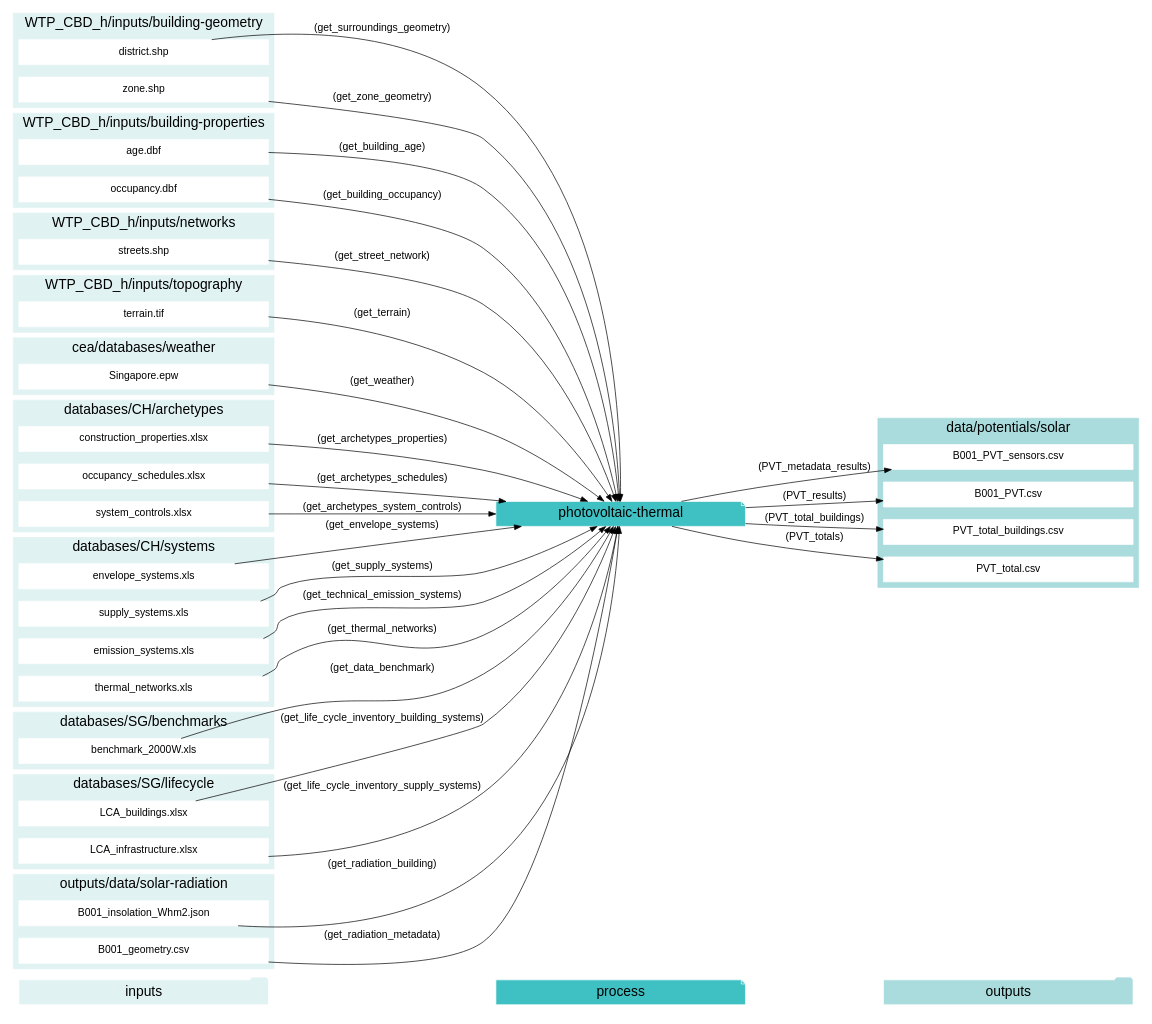
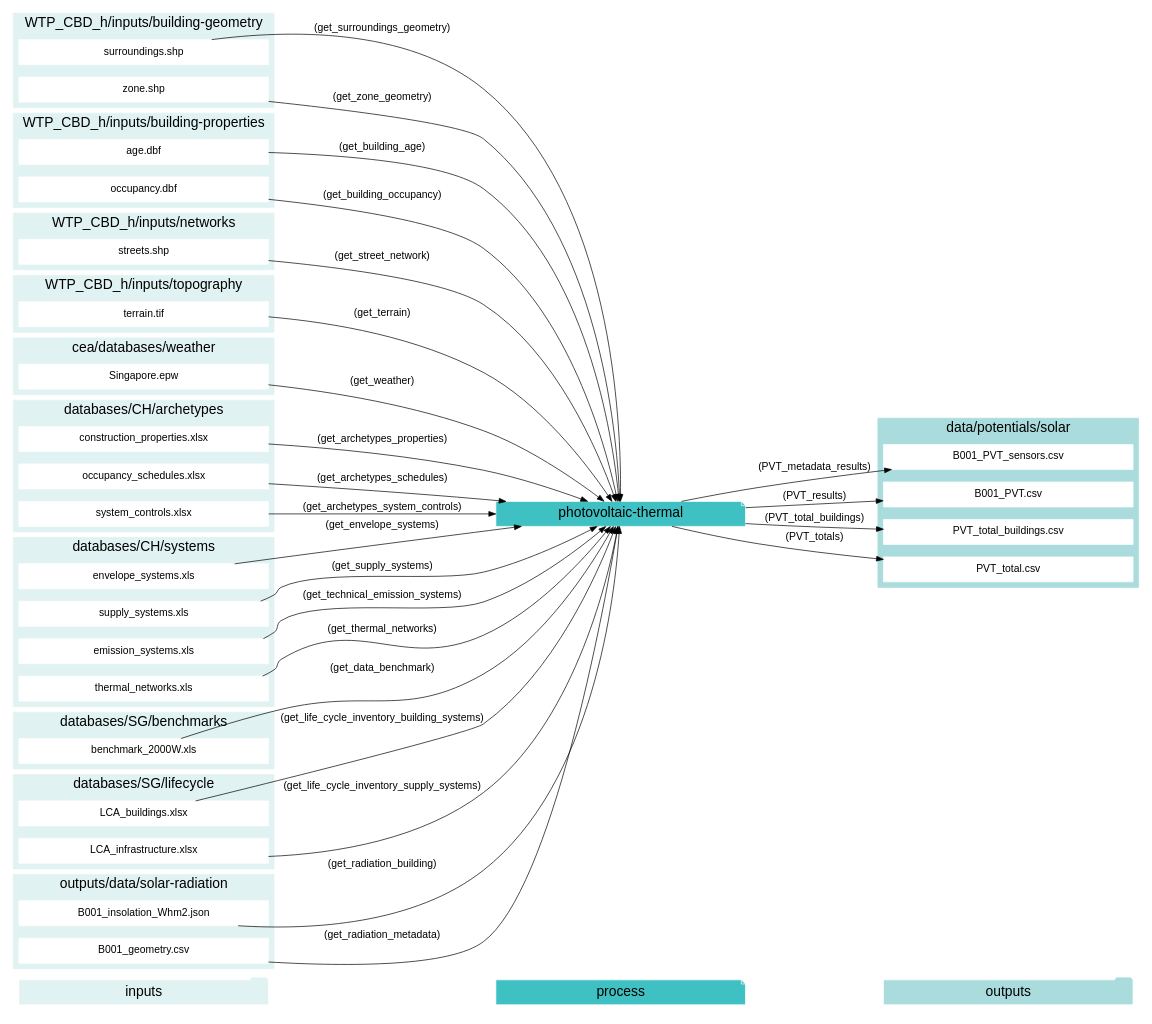
One commit to architecture-building-systems/CityEnergyAnalyst changed the eighth of 12 diagrams in docs/script-data-flow.rst. Above: the diagram before and after it, drawn with Graphviz. The commit also changed other lines of this file and 41 other files, not shown here.

Commit message:
renaming district to surroundings

```diff
--- a/docs/script-data-flow.rst
+++ b/docs/script-data-flow.rst
@@ -1045,7 +1045,7 @@
         fontsize = 20;
         rank=same;
         label="WTP_CBD_h/inputs/building-geometry";
-        "district.shp"
+        "surroundings.shp"
         "zone.shp"
     }
     subgraph cluster_1_in {
@@ -1145,7 +1145,7 @@
     "age.dbf" -> "photovoltaic-thermal"[label="(get_building_age)"]
     "occupancy.dbf" -> "photovoltaic-thermal"[label="(get_building_occupancy)"]
     "benchmark_2000W.xls" -> "photovoltaic-thermal"[label="(get_data_benchmark)"]
-    "district.shp" -> "photovoltaic-thermal"[label="(get_surroundings_geometry)"]
+    "surroundings.shp" -> "photovoltaic-thermal"[label="(get_surroundings_geometry)"]
     "envelope_systems.xls" -> "photovoltaic-thermal"[label="(get_envelope_systems)"]
     "LCA_buildings.xlsx" -> "photovoltaic-thermal"[label="(get_life_cycle_inventory_building_systems)"]
     "LCA_infrastructure.xlsx" -> "photovoltaic-thermal"[label="(get_life_cycle_inventory_supply_systems)"]
```
